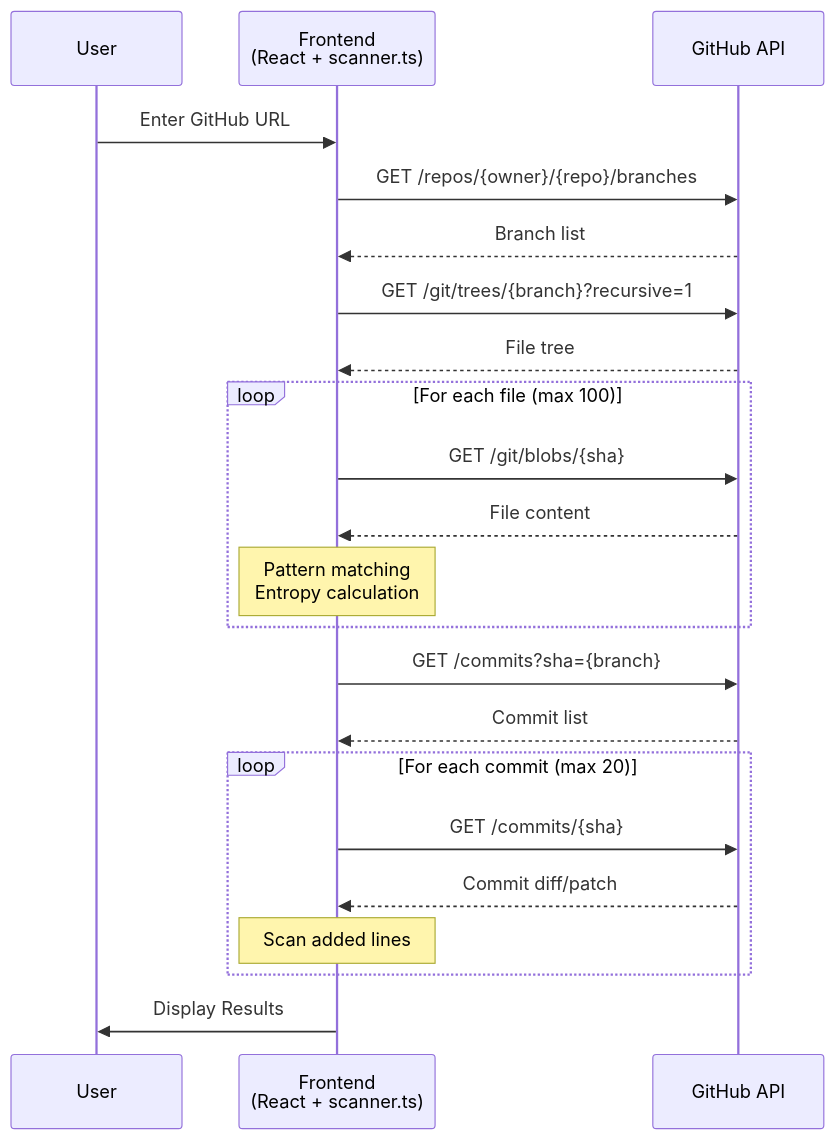
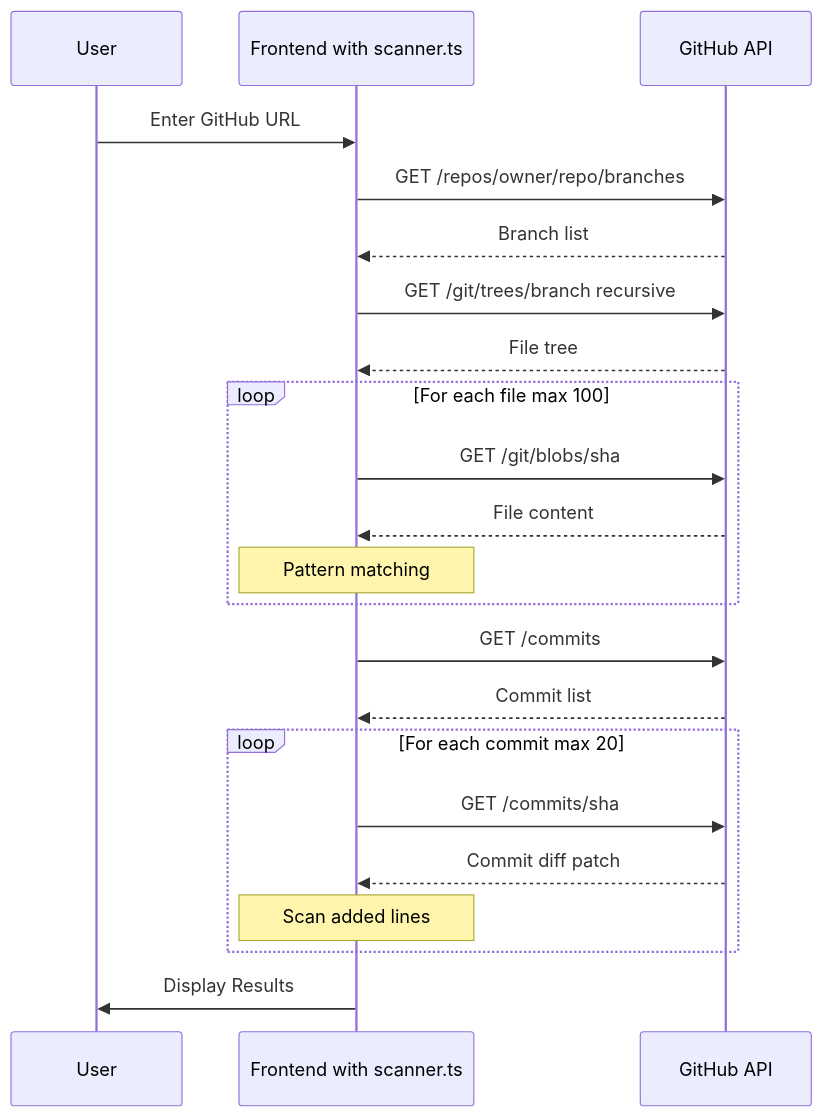
One commit to alamshoaib134/git-secret-scanner changed the fifth of 11 diagrams in architecture/HLD.md. Above: the diagram before and after it, drawn with Mermaid. The commit also changed other lines of this file and 1 other file, not shown here.

First line of the commit message:
Fix Mermaid syntax errors in architecture diagrams

````diff
--- a/architecture/HLD.md
+++ b/architecture/HLD.md
@@ -122,31 +122,31 @@
 ```mermaid
 sequenceDiagram
     participant U as User
-    participant F as Frontend<br/>(React + scanner.ts)
+    participant F as Frontend with scanner.ts
     participant G as GitHub API
 
     U->>F: Enter GitHub URL
     
-    F->>G: GET /repos/{owner}/{repo}/branches
+    F->>G: GET /repos/owner/repo/branches
     G-->>F: Branch list
     
-    F->>G: GET /git/trees/{branch}?recursive=1
+    F->>G: GET /git/trees/branch recursive
     G-->>F: File tree
     
-    loop For each file (max 100)
-        F->>G: GET /git/blobs/{sha}
+    loop For each file max 100
+        F->>G: GET /git/blobs/sha
         G-->>F: File content
-        Note over F: Pattern matching<br/>Entropy calculation
+        Note over F: Pattern matching
     end
     
-    F->>G: GET /commits?sha={branch}
+    F->>G: GET /commits
     G-->>F: Commit list
     
-    loop For each commit (max 20)
-        F->>G: GET /commits/{sha}
-        G-->>F: Commit diff/patch
+    loop For each commit max 20
+        F->>G: GET /commits/sha
+        G-->>F: Commit diff patch
         Note over F: Scan added lines
     end
     
     F->>U: Display Results
 ```
````
